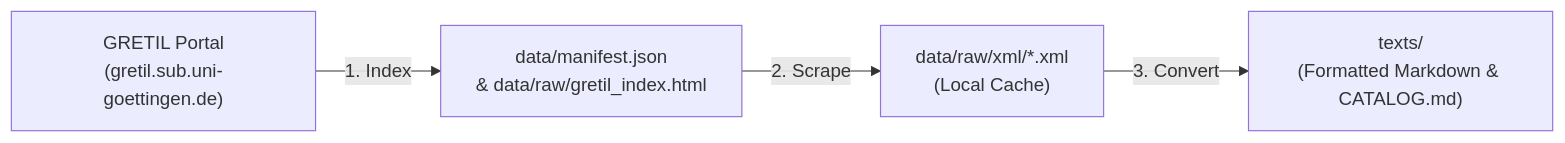
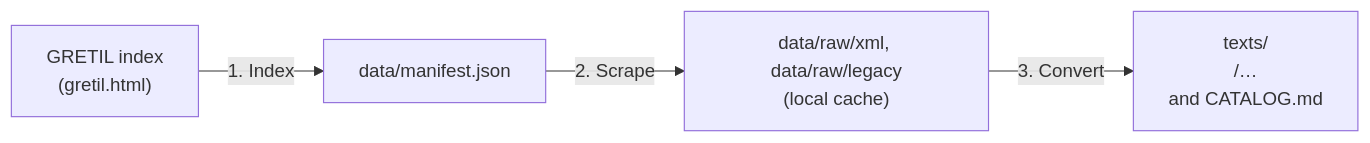
Before and after one commit to meobtis/gretil: the diagram in README.md, drawn with Mermaid. The commit also changed other lines of this file and 1125 other files, not shown here.

````diff
--- a/README.md
+++ b/README.md
@@ -36,6 +101,6 @@
 ```mermaid
 flowchart LR
-    A["GRETIL Portal<br/>(gretil.sub.uni-goettingen.de)"] -->|1. Index| B["data/manifest.json<br/>& data/raw/gretil_index.html"]
-    B -->|2. Scrape| C["data/raw/xml/*.xml<br/>(Local Cache)"]
-    C -->|3. Convert| D["texts/<br/>(Formatted Markdown & CATALOG.md)"]
+    A["GRETIL index<br/>(gretil.html)"] -->|1. Index| B["data/manifest.json"]
+    B -->|2. Scrape| C["data/raw/xml, data/raw/legacy<br/>(local cache)"]
+    C -->|3. Convert| D["texts/<section>/…<br/>and CATALOG.md"]
 ```
````
